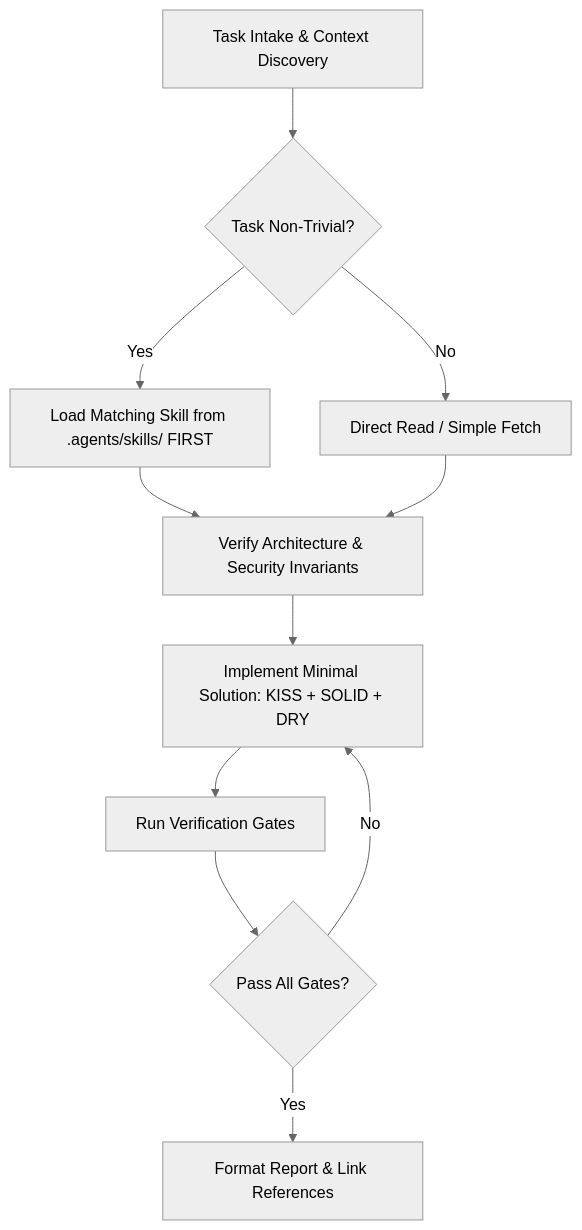
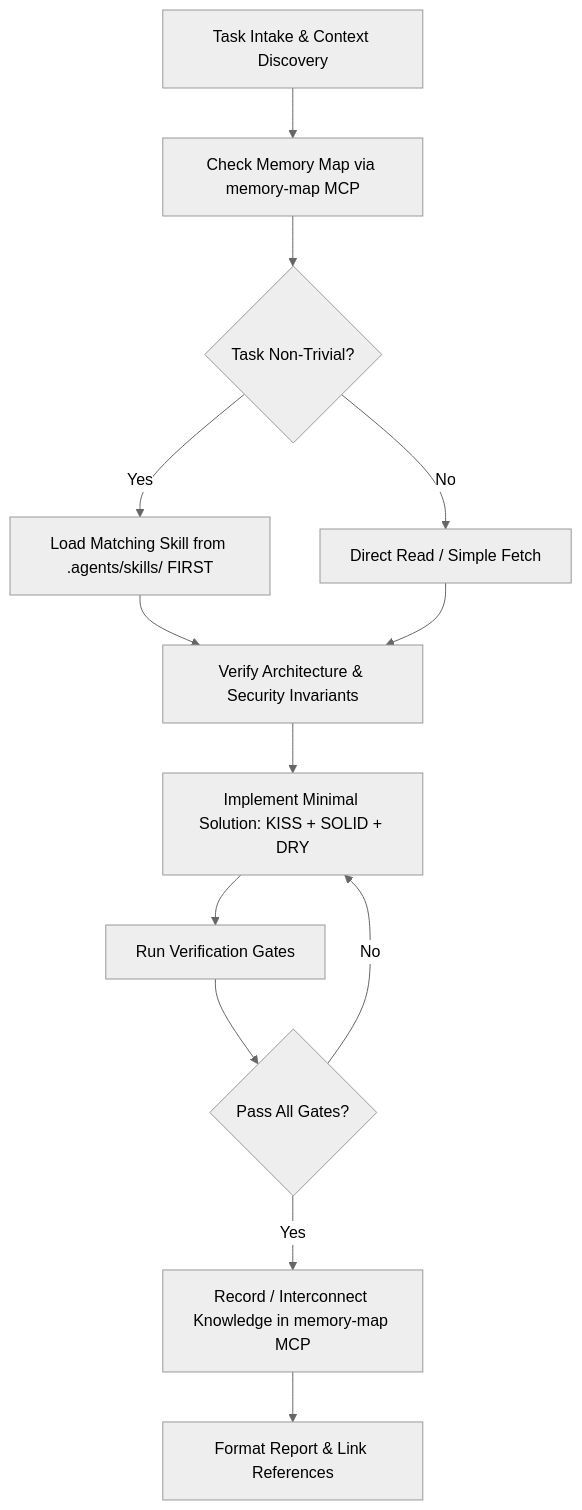
One commit to gdgdavao/teamapo-hub changed the diagram in AGENTS.md. Above: the diagram before and after it, drawn with Mermaid (neutral theme). The commit also changed other lines of this file and 330 other files, not shown here.

First line of the commit message:
feat(platform): comprehensive architecture modernization, security hardening, and legal compliance

````diff
--- a/AGENTS.md
+++ b/AGENTS.md
@@ -13,13 +13,15 @@
 ```mermaid
 flowchart TD
-    A[Task Intake & Context Discovery] --> B{Task Non-Trivial?}
+    A[Task Intake & Context Discovery] --> M[Check Memory Map via memory-map MCP]
+    M --> B{Task Non-Trivial?}
     B -- Yes --> C[Load Matching Skill from .agents/skills/ FIRST]
     B -- No --> D[Direct Read / Simple Fetch]
     C --> E[Verify Architecture & Security Invariants]
     D --> E
     E --> F[Implement Minimal Solution: KISS + SOLID + DRY]
     F --> G[Run Verification Gates]
     G --> H{Pass All Gates?}
     H -- No --> F
-    H -- Yes --> I[Format Report & Link References]
+    H -- Yes --> K[Record / Interconnect Knowledge in memory-map MCP]
+    K --> I[Format Report & Link References]
 ```
````
